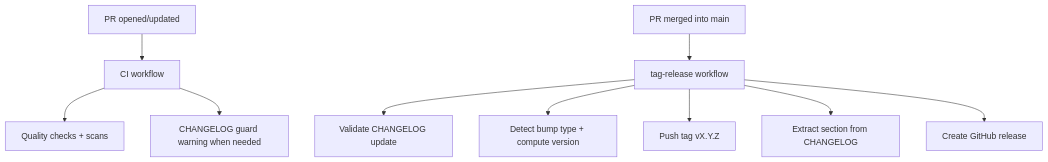
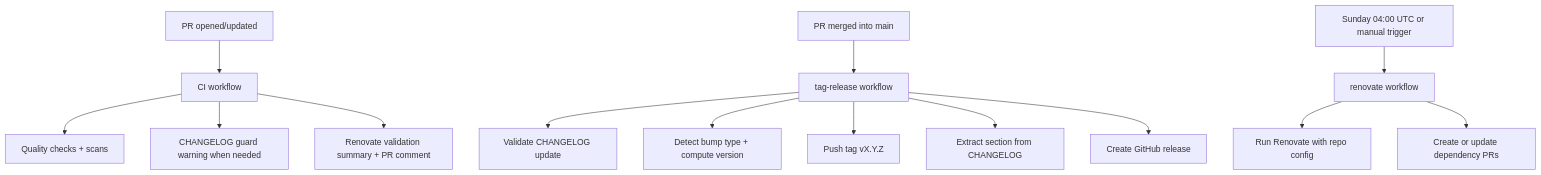
Before and after one commit to jasonouellet/wsl-ubuntu-bootstrap: the diagram in docs/WORKFLOWS.md, drawn with Mermaid. The commit also changed other lines of this file and 3 other files, not shown here.

````diff
--- a/docs/WORKFLOWS.md
+++ b/docs/WORKFLOWS.md
@@ -84,13 +114,18 @@
 ```mermaid
 flowchart TD
   A[PR opened/updated] --> B[CI workflow]
   B --> B1[Quality checks + scans]
   B --> B2[CHANGELOG guard warning when needed]
+  B --> B3[Renovate validation summary + PR comment]
 
   C[PR merged into main] --> D[tag-release workflow]
   D --> D1[Validate CHANGELOG update]
   D --> D2[Detect bump type + compute version]
   D --> D3[Push tag vX.Y.Z]
   D --> D4[Extract section from CHANGELOG]
   D --> D5[Create GitHub release]
+
+  E[Sunday 04:00 UTC or manual trigger] --> F[renovate workflow]
+  F --> F1[Run Renovate with repo config]
+  F --> F2[Create or update dependency PRs]
 ```
````
